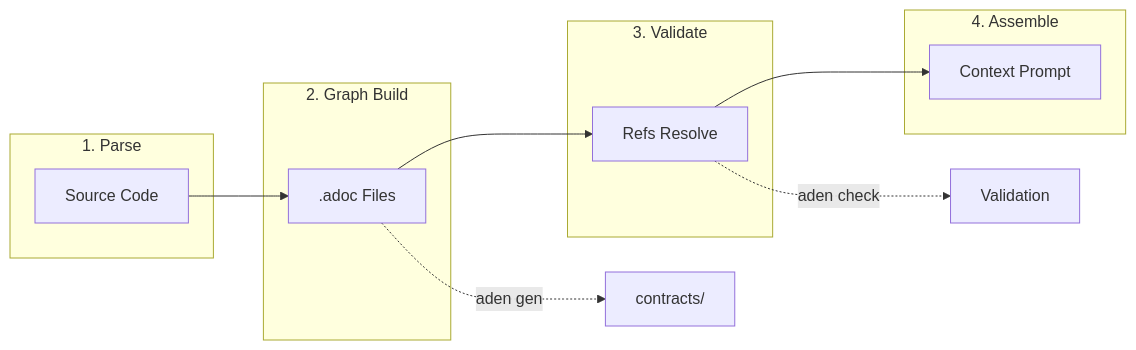
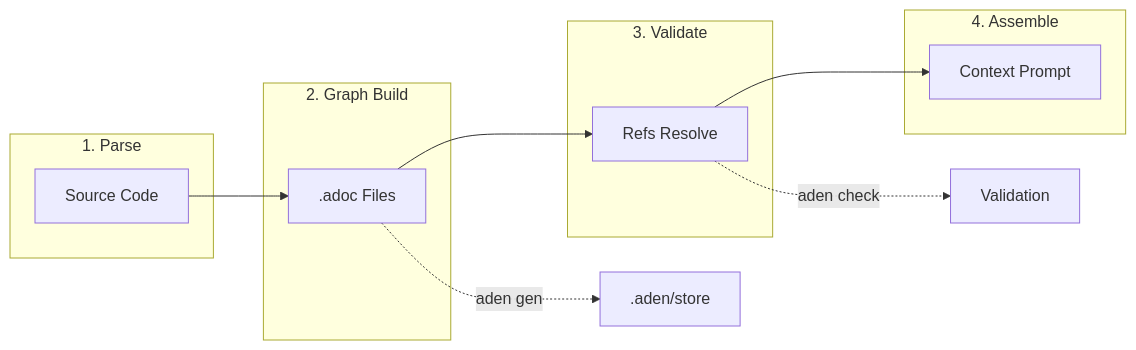
Before and after one commit to RioPlay/aden: the second of 4 diagrams in docs/architecture.adoc, drawn with Mermaid. The commit also changed other lines of this file and 16 other files, not shown here.

```diff
--- a/docs/architecture.adoc
+++ b/docs/architecture.adoc
@@ -110,24 +110,24 @@
 [mermaid, pipeline-stages, svg]
 ----
 flowchart LR
     subgraph Stage1[1. Parse]
         S1[Source Code]
     end
 
     subgraph Stage2[2. Graph Build]
         S2[.adoc Files]
     end
 
     subgraph Stage3[3. Validate]
         S3[Refs Resolve]
     end
 
     subgraph Stage4[4. Assemble]
         S4[Context Prompt]
     end
 
     S1 --> S2 --> S3 --> S4
 
-    S2 -.->|aden gen| G1[contracts/]
+    S2 -.->|aden gen| G1[.aden/store]
     S3 -.->|aden check| G2[Validation]
 ----
```
